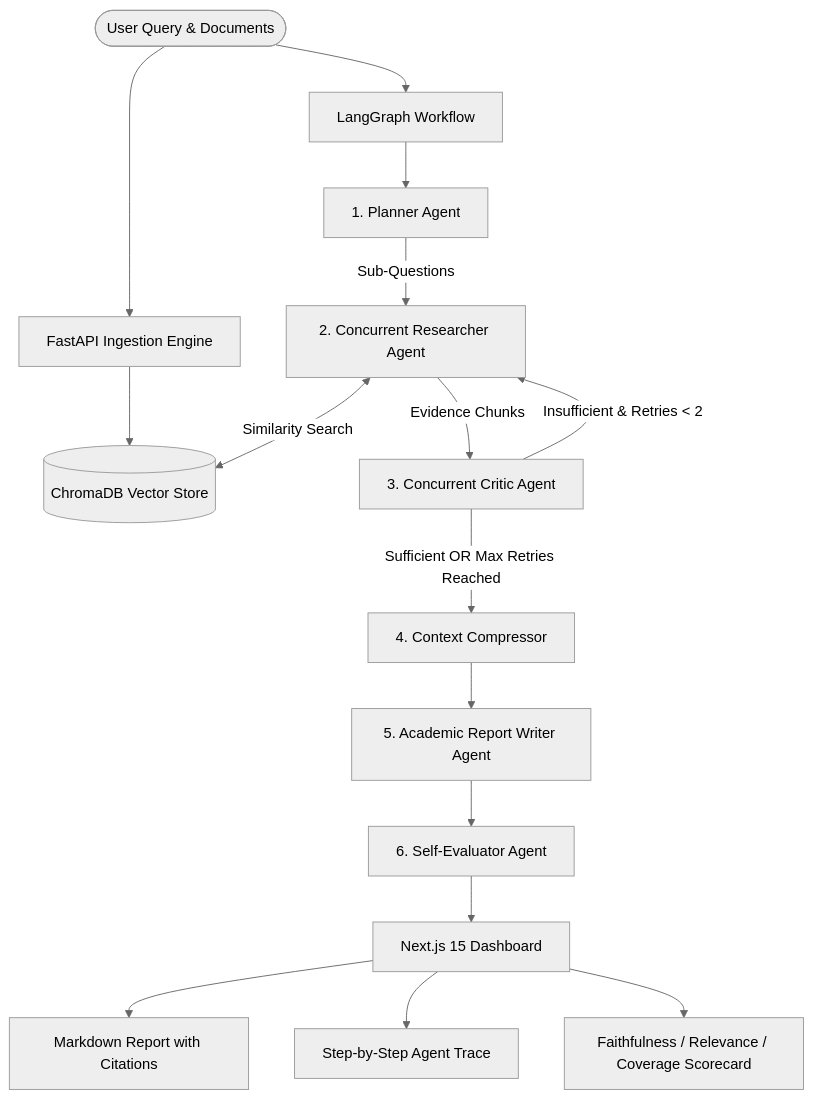
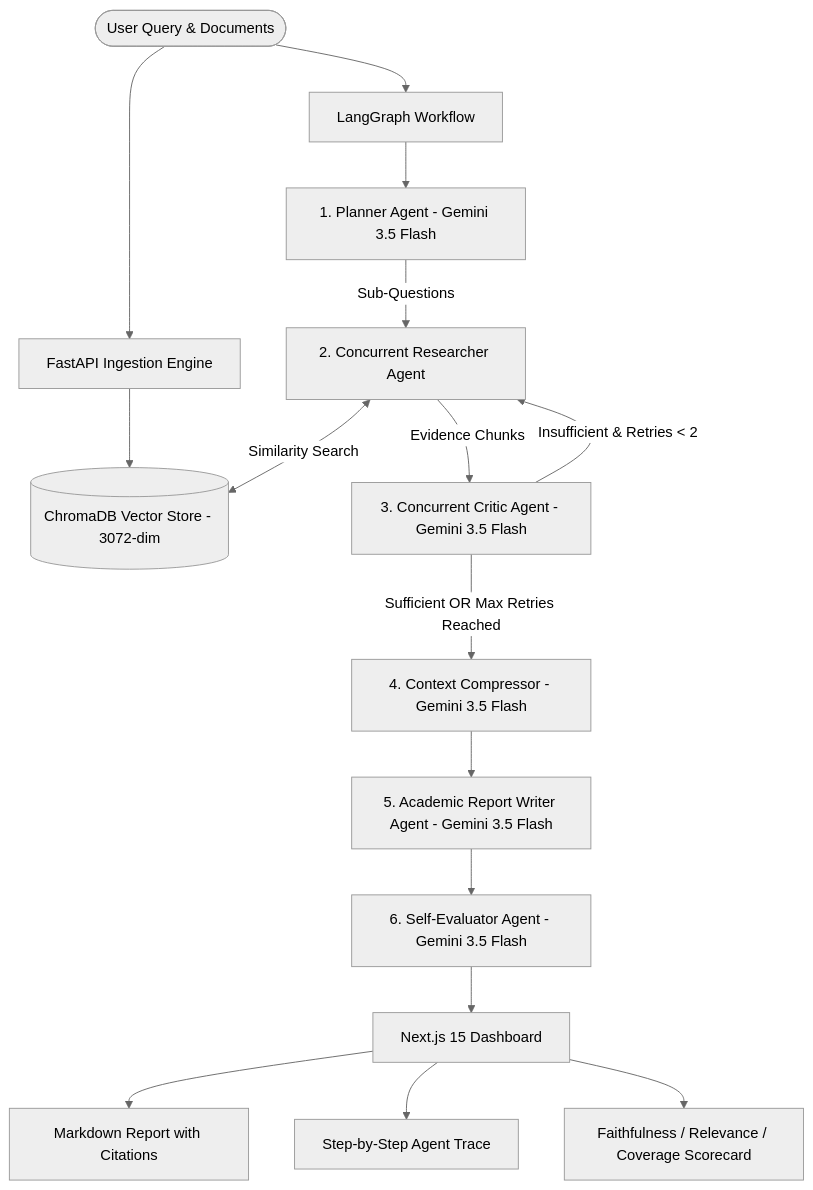
The diagram in README.md (samyashwanth7/AxiomMind), drawn with Mermaid (neutral theme) before and after one commit. The commit also changed other lines of this file and 2 other files, not shown here.

Commit message:
docs: Rebrand all documentation and project files to AxiomMind with Gemini setup

````diff
--- a/README.md
+++ b/README.md
@@ -26,23 +27,23 @@
 ```mermaid
 flowchart TD
     User([User Query & Documents]) --> Ingest[FastAPI Ingestion Engine]
-    Ingest --> Chroma[(ChromaDB Vector Store)]
+    Ingest --> Chroma[(ChromaDB Vector Store - 3072-dim)]
     
     User --> Supervisor[LangGraph Workflow]
-    Supervisor --> Planner[1. Planner Agent]
+    Supervisor --> Planner[1. Planner Agent - Gemini 3.5 Flash]
     Planner -->|Sub-Questions| Researcher[2. Concurrent Researcher Agent]
     Researcher <-->|Similarity Search| Chroma
     
-    Researcher -->|Evidence Chunks| Critic[3. Concurrent Critic Agent]
+    Researcher -->|Evidence Chunks| Critic[3. Concurrent Critic Agent - Gemini 3.5 Flash]
     
     Critic -->|Insufficient & Retries < 2| Researcher
-    Critic -->|Sufficient OR Max Retries Reached| Compressor[4. Context Compressor]
+    Critic -->|Sufficient OR Max Retries Reached| Compressor[4. Context Compressor - Gemini 3.5 Flash]
     
-    Compressor --> Writer[5. Academic Report Writer Agent]
-    Writer --> Evaluator[6. Self-Evaluator Agent]
+    Compressor --> Writer[5. Academic Report Writer Agent - Gemini 3.5 Flash]
+    Writer --> Evaluator[6. Self-Evaluator Agent - Gemini 3.5 Flash]
     
     Evaluator --> UI[Next.js 15 Dashboard]
     UI --> Report[Markdown Report with Citations]
     UI --> Trace[Step-by-Step Agent Trace]
     UI --> Scorecard[Faithfulness / Relevance / Coverage Scorecard]
 ```
````
